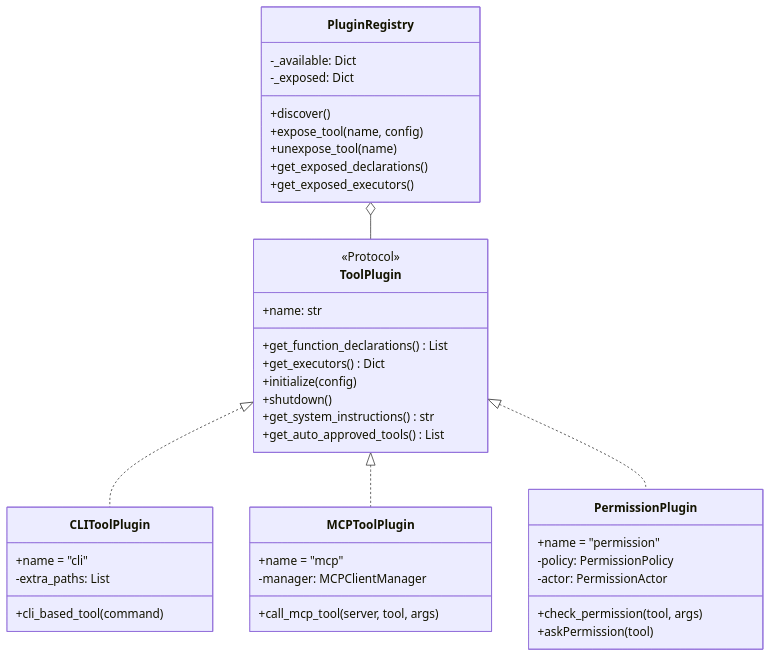
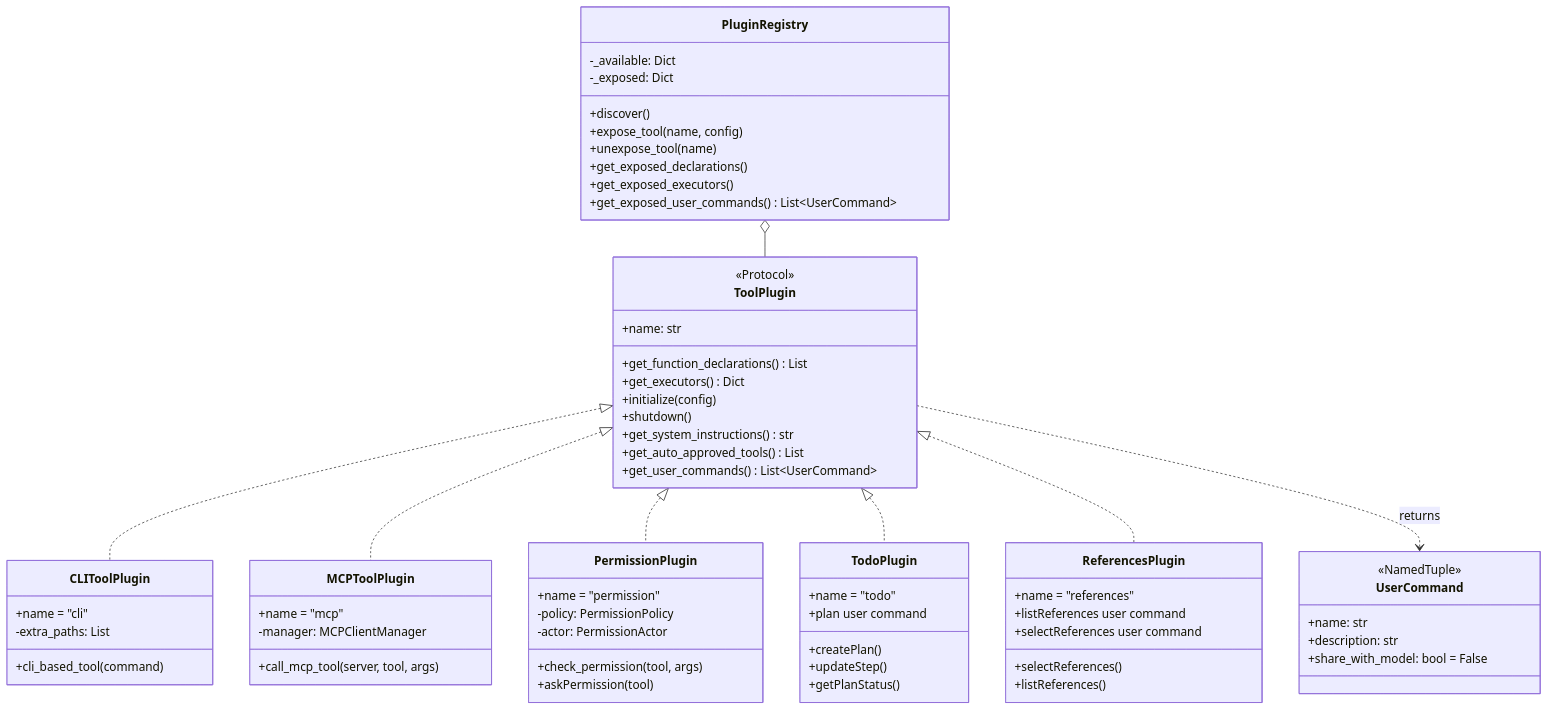
One commit to Jaato-framework-and-examples/jaato changed the third of 3 diagrams in docs/architecture.md. Above: the diagram before and after it, drawn with Mermaid. The commit also changed other lines of this file, not shown here.

First line of the commit message:
docs: Update architecture diagram with UserCommand and new plugins

````diff
--- a/docs/architecture.md
+++ b/docs/architecture.md
@@ -129,48 +137,76 @@
 ```mermaid
 classDiagram
+    class UserCommand {
+        <<NamedTuple>>
+        +name: str
+        +description: str
+        +share_with_model: bool = False
+    }
+
     class ToolPlugin {
         <<Protocol>>
         +name: str
         +get_function_declarations() List
         +get_executors() Dict
         +initialize(config)
         +shutdown()
         +get_system_instructions() str
         +get_auto_approved_tools() List
+        +get_user_commands() List~UserCommand~
     }
 
     class PluginRegistry {
         -_available: Dict
         -_exposed: Dict
         +discover()
         +expose_tool(name, config)
         +unexpose_tool(name)
         +get_exposed_declarations()
         +get_exposed_executors()
+        +get_exposed_user_commands() List~UserCommand~
     }
 
     class CLIToolPlugin {
         +name = "cli"
         -extra_paths: List
         +cli_based_tool(command)
     }
 
     class MCPToolPlugin {
         +name = "mcp"
         -manager: MCPClientManager
         +call_mcp_tool(server, tool, args)
     }
 
     class PermissionPlugin {
         +name = "permission"
         -policy: PermissionPolicy
         -actor: PermissionActor
         +check_permission(tool, args)
         +askPermission(tool)
     }
 
+    class TodoPlugin {
+        +name = "todo"
+        +createPlan()
+        +updateStep()
+        +getPlanStatus()
+        +plan user command
+    }
+
+    class ReferencesPlugin {
+        +name = "references"
+        +selectReferences()
+        +listReferences()
+        +listReferences user command
+        +selectReferences user command
+    }
+
     ToolPlugin <|.. CLIToolPlugin
     ToolPlugin <|.. MCPToolPlugin
     ToolPlugin <|.. PermissionPlugin
+    ToolPlugin <|.. TodoPlugin
+    ToolPlugin <|.. ReferencesPlugin
     PluginRegistry o-- ToolPlugin
+    ToolPlugin ..> UserCommand : returns
 ```
````
